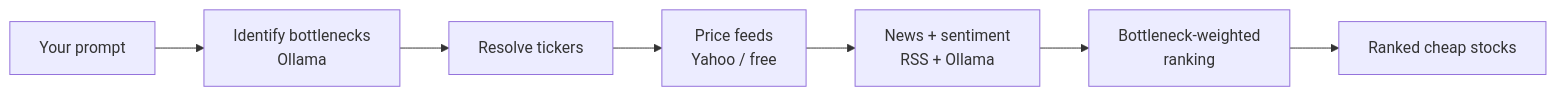
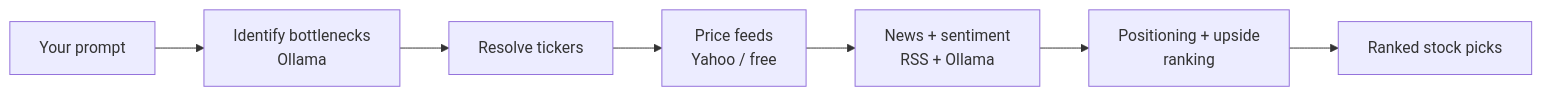
The diagram in README.md (daryn-brown/TrendWave), drawn with Mermaid before and after one commit. The commit also changed other lines of this file and 1 other file, not shown here.

First line of the commit message:
docs: update README and spec for upside-first ranking

````diff
--- a/README.md
+++ b/README.md
@@ -18,9 +19,9 @@
 ```mermaid
 flowchart LR
     A[Your prompt] --> B[Identify bottlenecks<br/>Ollama]
     B --> C[Resolve tickers]
     C --> D[Price feeds<br/>Yahoo / free]
     D --> E[News + sentiment<br/>RSS + Ollama]
-    E --> F[Bottleneck-weighted<br/>ranking]
-    F --> G[Ranked cheap stocks]
+    E --> F[Positioning + upside<br/>ranking]
+    F --> G[Ranked stock picks]
 ```
````
